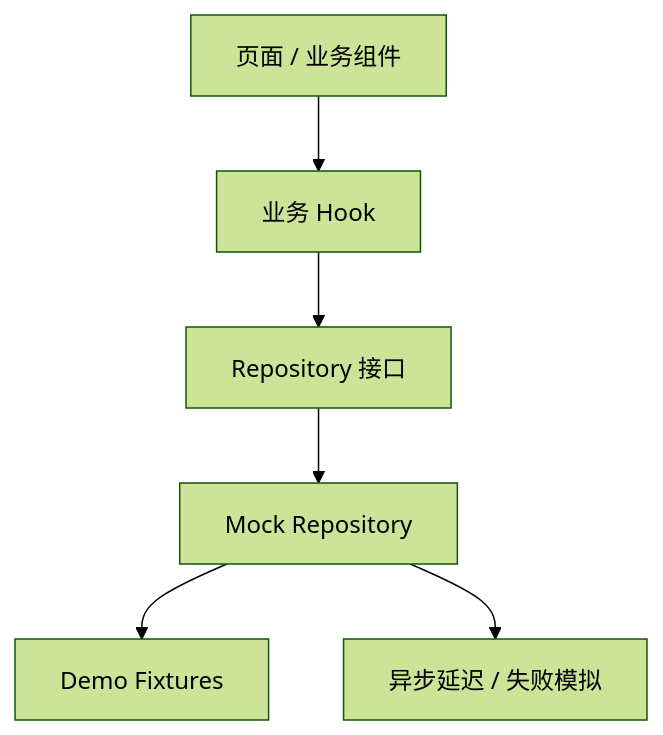
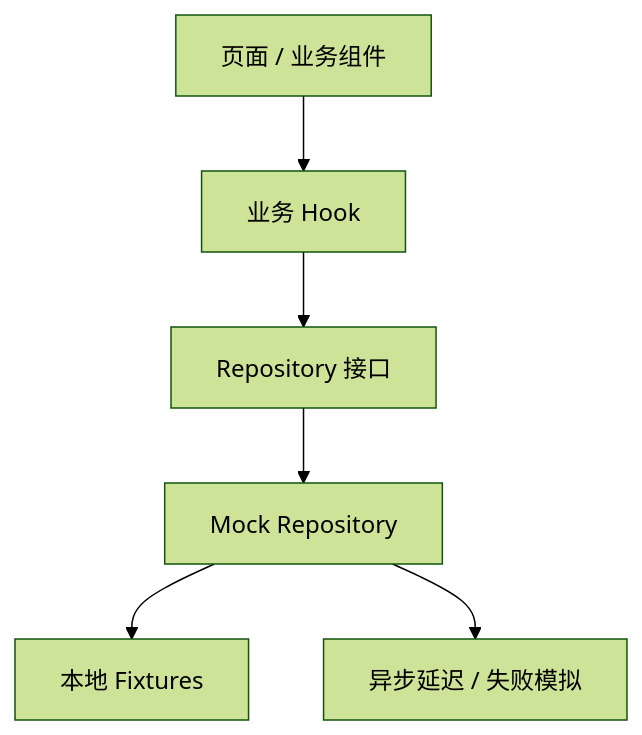
Before and after one commit to mingyuexinc/Careerpass: the third of 4 diagrams in careerpass-frontend/docs/architecture/frontend-architecture.md, drawn with Mermaid (forest theme). The commit also changed other lines of this file and 38 other files, not shown here.

````diff
--- a/careerpass-frontend/docs/architecture/frontend-architecture.md
+++ b/careerpass-frontend/docs/architecture/frontend-architecture.md
@@ -270,8 +270,8 @@
 ```mermaid
 flowchart TD
     Component["页面 / 业务组件"] --> Hook["业务 Hook"]
     Hook --> Repository["Repository 接口"]
     Repository --> MockRepository["Mock Repository"]
-    MockRepository --> Fixture["Demo Fixtures"]
+    MockRepository --> Fixture["本地 Fixtures"]
     MockRepository --> Delay["异步延迟 / 失败模拟"]
 ```
````
